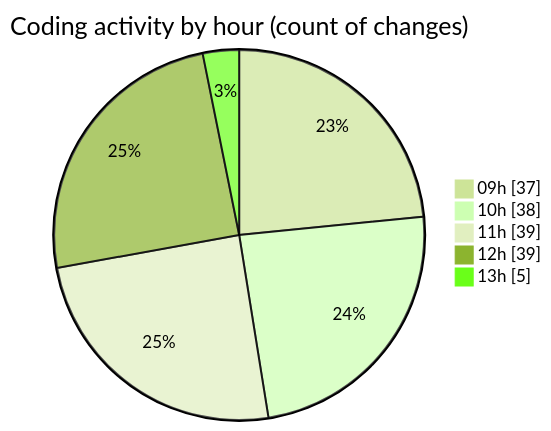
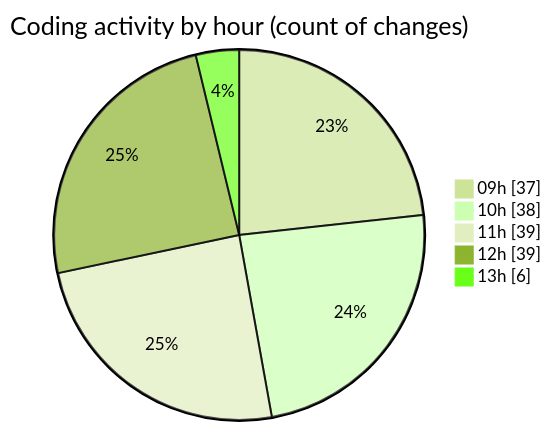
One commit to momahboobian/code-tracking changed the second of 2 diagrams in 2025-02-12/cda/README.md. Above: the diagram before and after it, drawn with Mermaid (forest theme). The commit also changed other lines of this file and 1 other file, not shown here.

````diff
--- a/2025-02-12/cda/README.md
+++ b/2025-02-12/cda/README.md
@@ -33,9 +35,9 @@
 ```mermaid
 pie showData
 title Coding activity by hour (count of changes)
 "09h" : 37
 "10h" : 38
 "11h" : 39
 "12h" : 39
-"13h" : 5
+"13h" : 6
 ```
````
